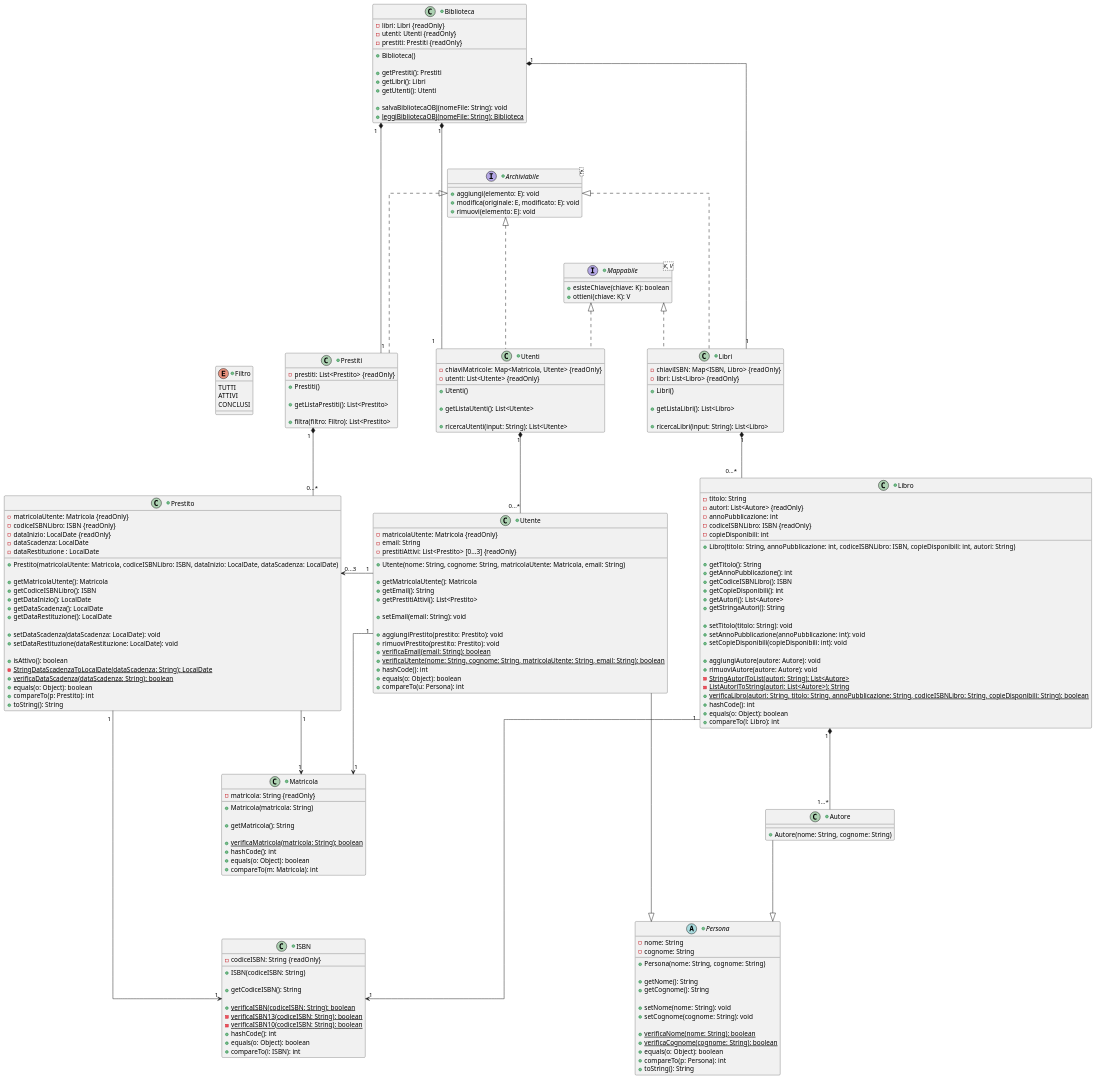
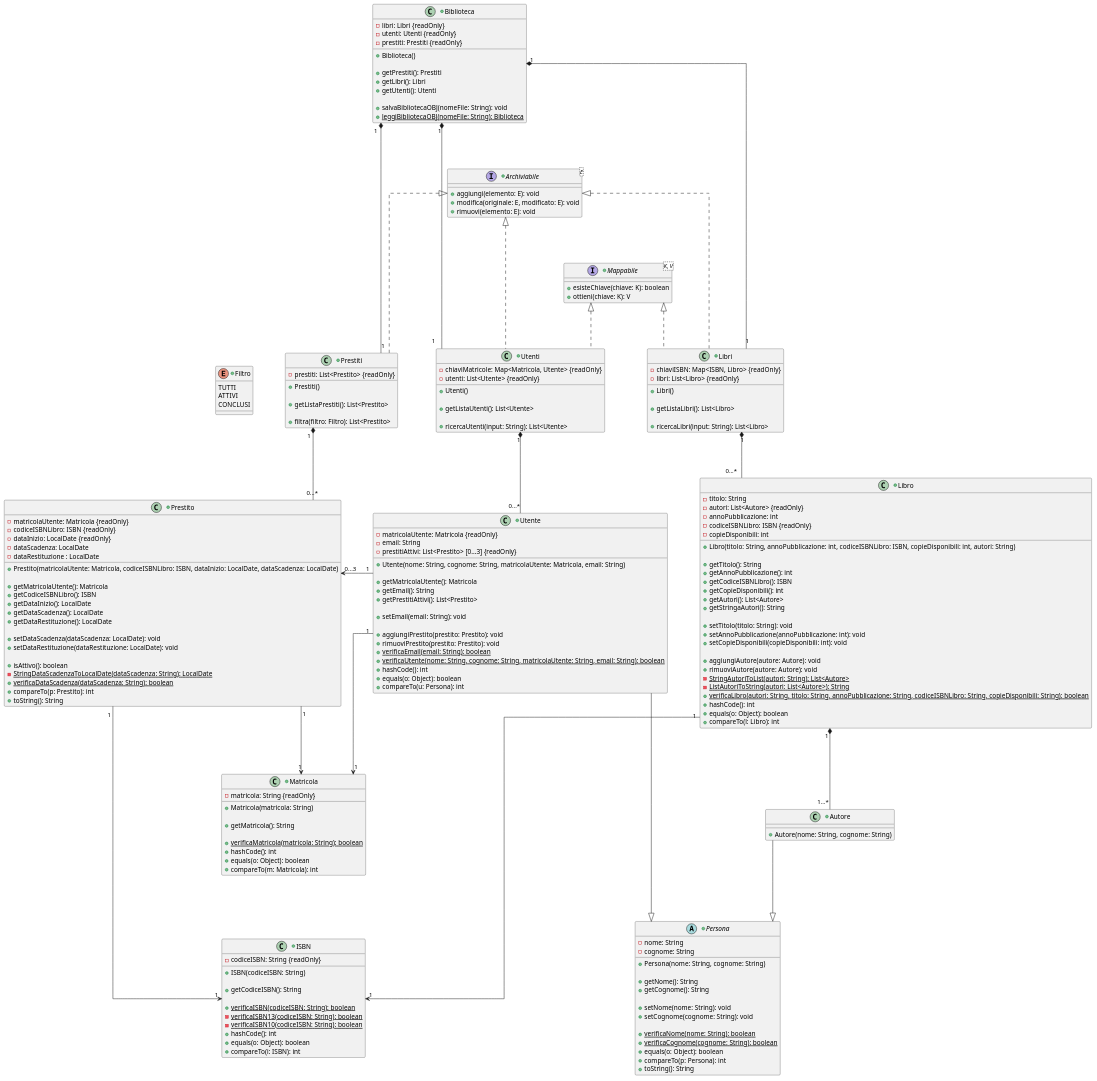
Before and after one commit to TitanVoid/ProgSE-Biblioteca: the diagram in documents/DiagrammiUML/classdiagram.puml, drawn with PlantUML. The commit also changed 1 other file, not shown here.

Commit message:
Revisione finale diagramma delle classi

```diff
--- a/documents/DiagrammiUML/classdiagram.puml
+++ b/documents/DiagrammiUML/classdiagram.puml
@@ -148,7 +148,6 @@
 +isAttivo(): boolean
 -StringDataScadenzaToLocalDate(dataScadenza: String): LocalDate {static}
 +verificaDataScadenza(dataScadenza: String): boolean {static}
-+equals(o: Object): boolean
 +compareTo(p: Prestito): int
 +toString(): String
 }
```
